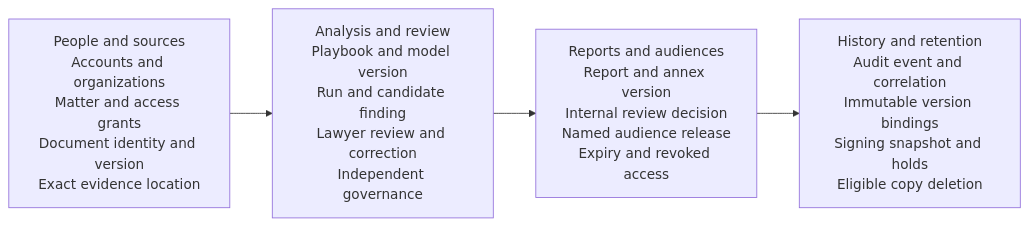
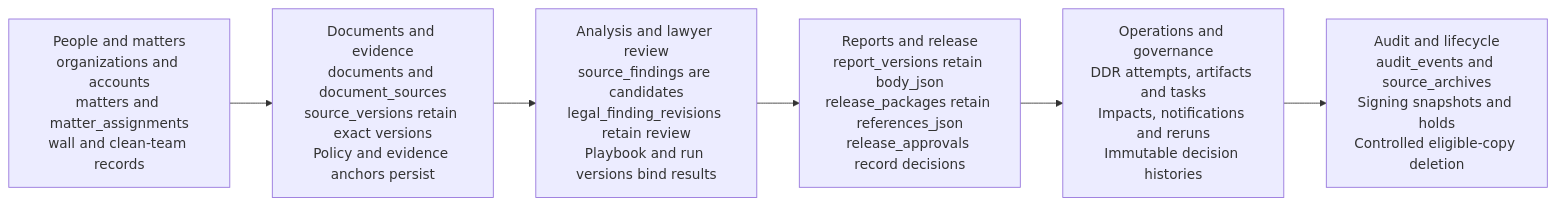
The diagram in backend/kestrel/data/resource_library/Schema_Story.mmd (RamiJaloudi/project-kestrel), drawn with Mermaid before and after one commit. The commit also changed 454 other files, not shown here.

Commit message:
Organize guides and consolidate architecture and data diagrams

```diff
--- a/backend/kestrel/data/resource_library/Schema_Story.mmd
+++ b/backend/kestrel/data/resource_library/Schema_Story.mmd
@@ -1,8 +1,12 @@
 flowchart LR
-  S0["People and sources<br/>Accounts and organizations<br/>Matter and access grants<br/>Document identity and version<br/>Exact evidence location"]
-  S1["Analysis and review<br/>Playbook and model version<br/>Run and candidate finding<br/>Lawyer review and correction<br/>Independent governance"]
-  S0 --> S1
-  S2["Reports and audiences<br/>Report and annex version<br/>Internal review decision<br/>Named audience release<br/>Expiry and revoked access"]
-  S1 --> S2
-  S3["History and retention<br/>Audit event and correlation<br/>Immutable version bindings<br/>Signing snapshot and holds<br/>Eligible copy deletion"]
-  S2 --> S3
+  N1["People and matters<br/>organizations and accounts<br/>matters and matter_assignments<br/>wall and clean-team records"]
+  N2["Documents and evidence<br/>documents and document_sources<br/>source_versions retain exact versions<br/>Policy and evidence anchors persist"]
+  N3["Analysis and lawyer review<br/>source_findings are candidates<br/>legal_finding_revisions retain review<br/>Playbook and run versions bind results"]
+  N4["Reports and release<br/>report_versions retain body_json<br/>release_packages retain references_json<br/>release_approvals record decisions"]
+  N5["Operations and governance<br/>DDR attempts, artifacts and tasks<br/>Impacts, notifications and reruns<br/>Immutable decision histories"]
+  N6["Audit and lifecycle<br/>audit_events and source_archives<br/>Signing snapshots and holds<br/>Controlled eligible-copy deletion"]
+  N1 --> N2
+  N2 --> N3
+  N3 --> N4
+  N4 --> N5
+  N5 --> N6
```
